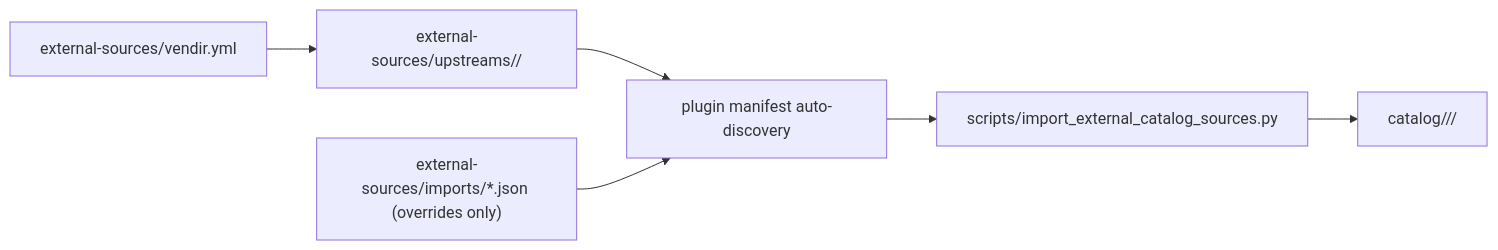
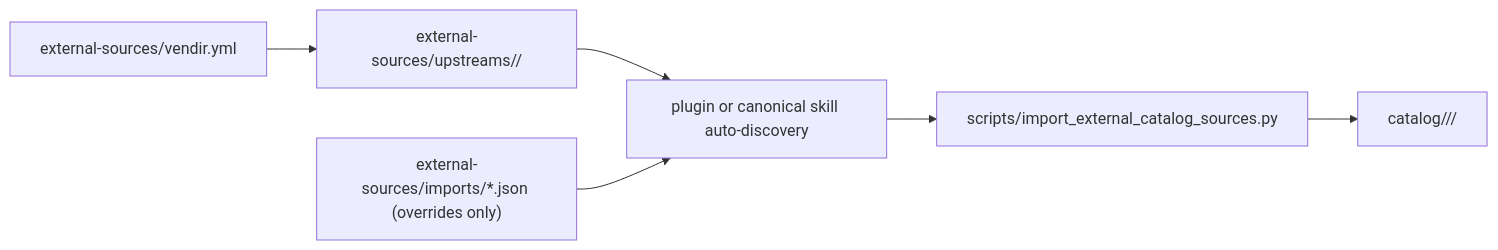
One commit to managedcode/dotnet-skills changed the second of 3 diagrams in README.md. Above: the diagram before and after it, drawn with Mermaid. The commit also changed other lines of this file and 104 other files, not shown here.

````diff
--- a/README.md
+++ b/README.md
@@ -294,8 +294,8 @@
 ```mermaid
 flowchart LR
   A["external-sources/vendir.yml"] --> B["external-sources/upstreams/<repo>/"]
-  B --> C["plugin manifest auto-discovery"]
+  B --> C["plugin or canonical skill auto-discovery"]
   D["external-sources/imports/*.json (overrides only)"] --> C
   C --> E["scripts/import_external_catalog_sources.py"]
   E --> F["catalog/<type>/<package>/"]
 ```
````
